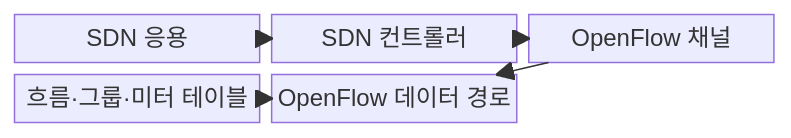
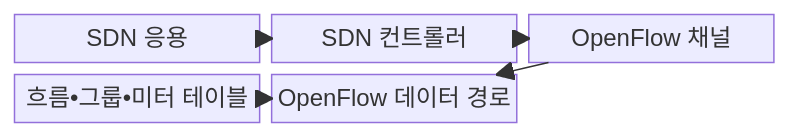
The first of 2 diagrams in src/content/docs/notes/04-network/058_sdn_controller_openflow.md (agnusdei1207/knowledge-base), drawn with Mermaid before and after one commit. The commit also changed other lines of this file and 953 other files, not shown here.

````diff
--- a/src/content/docs/notes/04-network/058_sdn_controller_openflow.md
+++ b/src/content/docs/notes/04-network/058_sdn_controller_openflow.md
@@ -66,13 +66,13 @@
 ```mermaid
 block-beta
     columns 3
     A["SDN 응용"]
     B["SDN 컨트롤러"]
     C["OpenFlow 채널"]
-    D["흐름·그룹·미터 테이블"]
+    D["흐름•그룹•미터 테이블"]
     E["OpenFlow 데이터 경로"]
     A --> B
     B --> C
     C --> E
     E --> D
 ```
````
